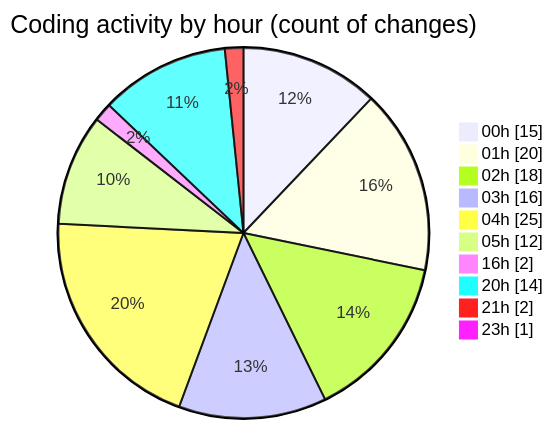
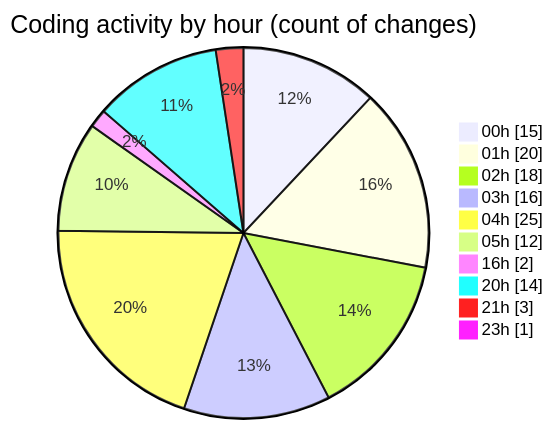
The second of 2 diagrams in 2025-08-04/studybuddy/README.md (lephambinh05/code-tracking), drawn with Mermaid before and after one commit. The commit also changed other lines of this file and 1 other file, not shown here.

````diff
--- a/2025-08-04/studybuddy/README.md
+++ b/2025-08-04/studybuddy/README.md
@@ -58,14 +58,14 @@
 ```mermaid
 pie showData
 title Coding activity by hour (count of changes)
 "00h" : 15
 "01h" : 20
 "02h" : 18
 "03h" : 16
 "04h" : 25
 "05h" : 12
 "16h" : 2
 "20h" : 14
-"21h" : 2
+"21h" : 3
 "23h" : 1
 ```
````
